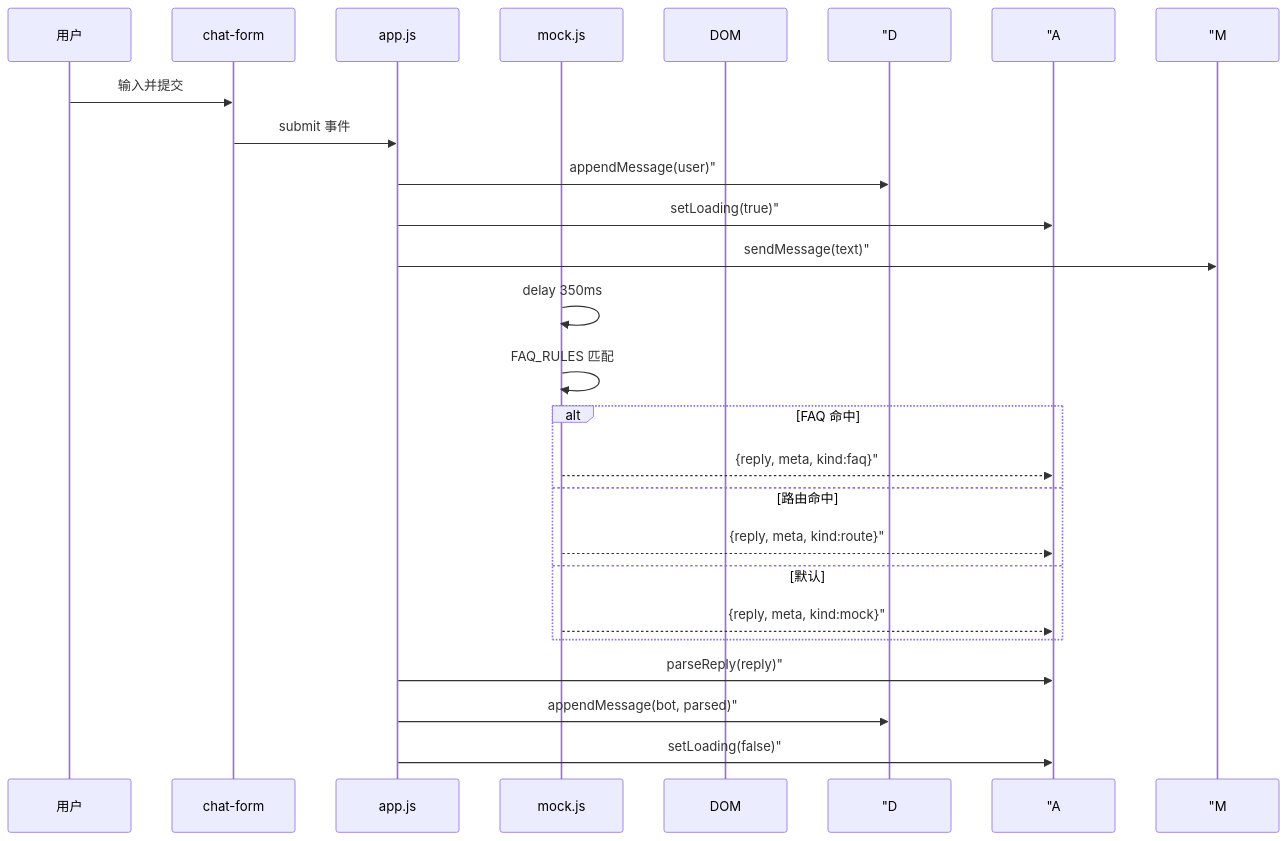
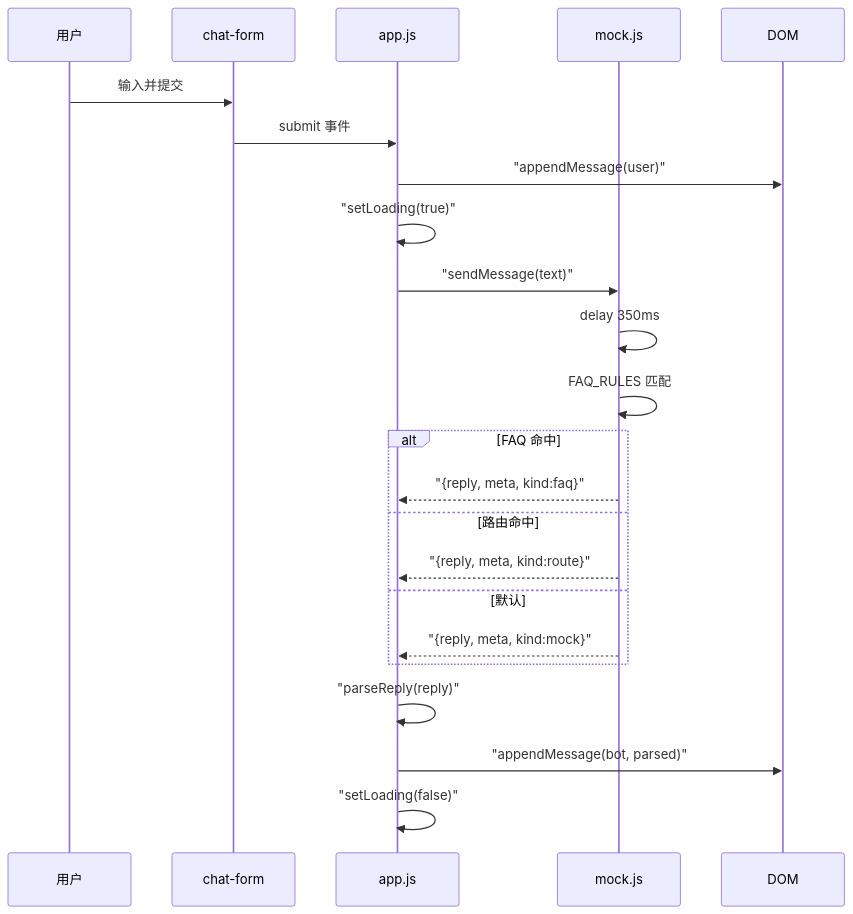
The first of 4 diagrams in course/day22/04_流程图与示意图.md (ab6539763/70_days_course_plus), drawn with Mermaid before and after one commit. The commit also changed 80 other files, not shown here.

First line of the commit message:
fix(course): 修复 Mermaid 图表渲染报错 + 同步嵌入代码快照

````diff
--- a/course/day22/04_流程图与示意图.md
+++ b/course/day22/04_流程图与示意图.md
@@ -9,26 +9,26 @@
 ```mermaid
 sequenceDiagram
     participant U as 用户
     participant F as chat-form
     participant A as app.js
     participant M as mock.js
     participant D as DOM #messages
 
     U->>F: 输入并提交
     F->>A: submit 事件
-    A->> "D: appendMessage(user)"
-    A->> "A: setLoading(true)"
-    A->> "M: sendMessage(text)"
+    A->>D: "appendMessage(user)"
+    A->>A: "setLoading(true)"
+    A->>M: "sendMessage(text)"
     M->>M: delay 350ms
     M->>M: FAQ_RULES 匹配
     alt FAQ 命中
-        M-->> "A: {reply, meta, kind:faq}"
+        M-->>A: "{reply, meta, kind:faq}"
     else 路由命中
-        M-->> "A: {reply, meta, kind:route}"
+        M-->>A: "{reply, meta, kind:route}"
     else 默认
-        M-->> "A: {reply, meta, kind:mock}"
+        M-->>A: "{reply, meta, kind:mock}"
     end
-    A->> "A: parseReply(reply)"
-    A->> "D: appendMessage(bot, parsed)"
-    A->> "A: setLoading(false)"
+    A->>A: "parseReply(reply)"
+    A->>D: "appendMessage(bot, parsed)"
+    A->>A: "setLoading(false)"
 ```
````
